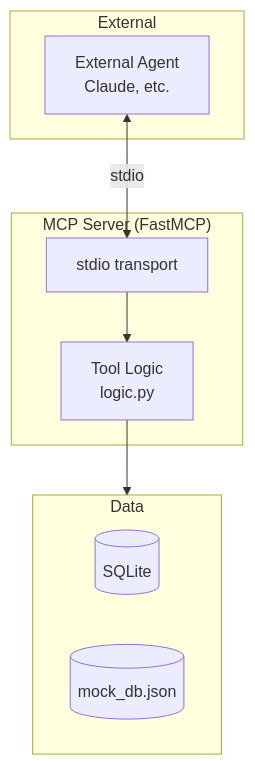
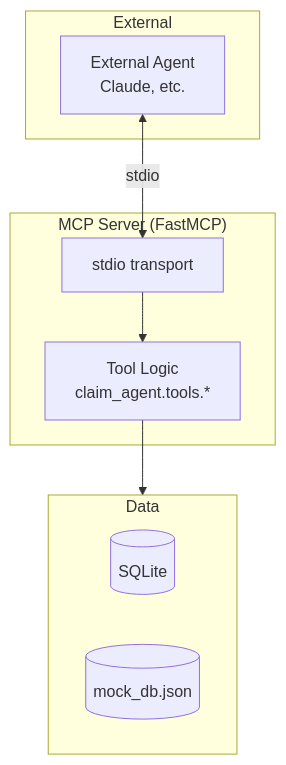
Before and after one commit to csmangum/auto-agent: the diagram in docs/mcp-server.md, drawn with Mermaid. The commit also changed other lines of this file and 3 other files, not shown here.

````diff
--- a/docs/mcp-server.md
+++ b/docs/mcp-server.md
@@ -9,18 +9,18 @@
 ```mermaid
 flowchart TB
     subgraph External
         A[External Agent<br/>Claude, etc.]
     end
     
     subgraph MCP["MCP Server (FastMCP)"]
         B[stdio transport]
-        C[Tool Logic<br/>logic.py]
+        C[Tool Logic<br/>claim_agent.tools.*]
     end
     
     subgraph Data
         D[(SQLite)]
         E[(mock_db.json)]
     end
     
     A <-->|stdio| B --> C --> Data
 ```
````
